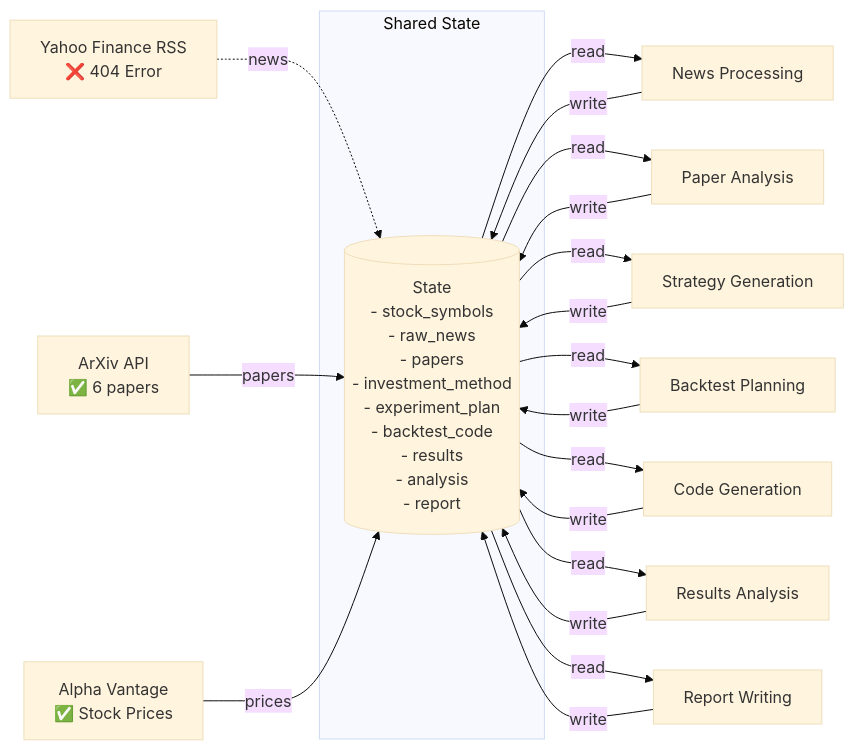
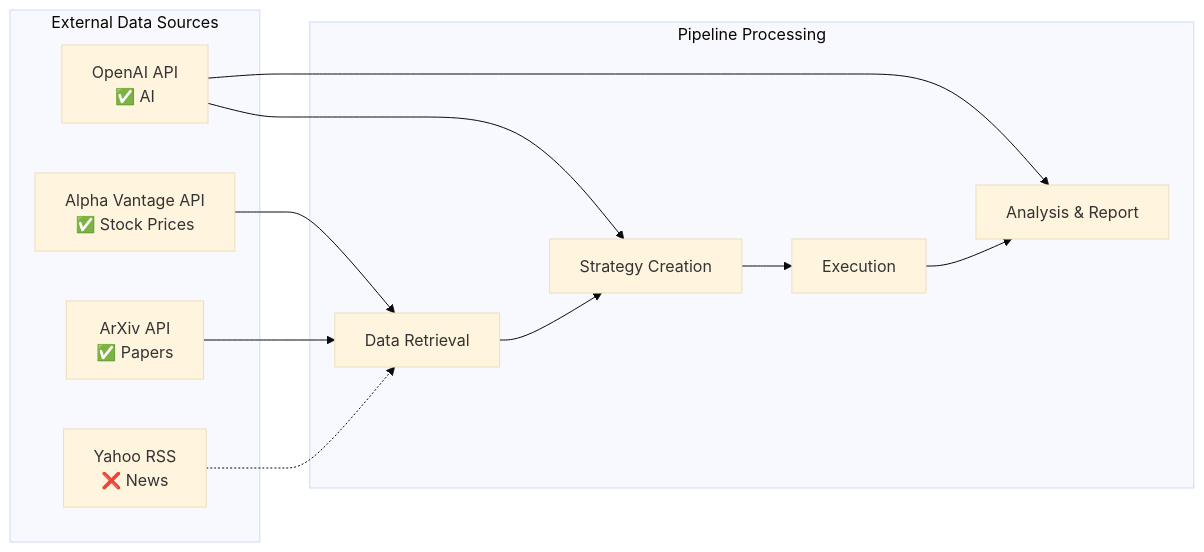
The ninth of 9 diagrams in README.md (wkumagai/TradeGraph), drawn with Mermaid (base theme) before and after one commit. The commit also changed other lines of this file, not shown here.

First line of the commit message:
Update to hierarchical graph visualization

````diff
--- a/README.md
+++ b/README.md
@@ -192,32 +278,26 @@
 ```mermaid
 graph LR
-    subgraph "Shared State"
-        STATE[("State<br/>- stock_symbols<br/>- raw_news<br/>- papers<br/>- investment_method<br/>- experiment_plan<br/>- backtest_code<br/>- results<br/>- analysis<br/>- report")]
+    subgraph "External Data Sources"
+        E1[Alpha Vantage API<br/>✅ Stock Prices]
+        E2[ArXiv API<br/>✅ Papers]
+        E3[Yahoo RSS<br/>❌ News]
+        E4[OpenAI API<br/>✅ AI]
     end
     
-    %% Data Sources
-    YahooRSS[Yahoo Finance RSS<br/>❌ 404 Error] -.->|news| STATE
-    ArXiv[ArXiv API<br/>✅ 6 papers] -->|papers| STATE
-    AlphaVantage[Alpha Vantage<br/>✅ Stock Prices] -->|prices| STATE
+    subgraph "Pipeline Processing"
+        P1[Data Retrieval]
+        P2[Strategy Creation]
+        P3[Execution]
+        P4[Analysis & Report]
+    end
     
-    %% Processing Nodes
-    STATE -->|read| N1[News Processing]
-    STATE -->|read| N2[Paper Analysis]
-    N1 -->|write| STATE
-    N2 -->|write| STATE
+    E1 --> P1
+    E2 --> P1
+    E3 -.-> P1
+    E4 --> P2
+    E4 --> P4
     
-    STATE -->|read| N3[Strategy Generation]
-    N3 -->|write| STATE
-    
-    STATE -->|read| N4[Backtest Planning]
-    N4 -->|write| STATE
-    
-    STATE -->|read| N5[Code Generation]
-    N5 -->|write| STATE
-    
-    STATE -->|read| N6[Results Analysis]
-    N6 -->|write| STATE
-    
-    STATE -->|read| N7[Report Writing]
-    N7 -->|write| STATE
+    P1 --> P2
+    P2 --> P3
+    P3 --> P4
 ```
````
